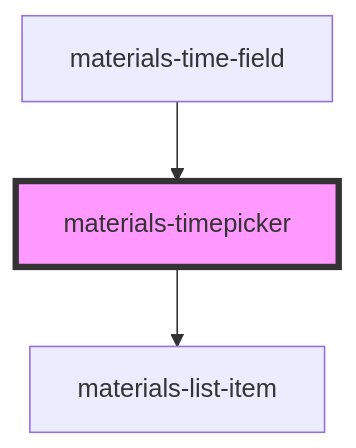
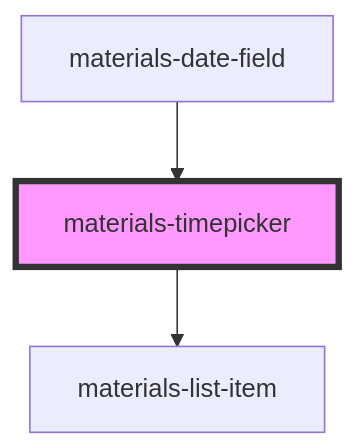
Before and after one commit to GMV-centravet/materials: the diagram in src/components/timepicker/readme.md, drawn with Mermaid. The commit also changed other lines of this file and 22 other files, not shown here.

````diff
--- a/src/components/timepicker/readme.md
+++ b/src/components/timepicker/readme.md
@@ -35,6 +35,6 @@
 ```mermaid
 graph TD;
   materials-timepicker --> materials-list-item
-  materials-time-field --> materials-timepicker
+  materials-date-field --> materials-timepicker
   style materials-timepicker fill:#f9f,stroke:#333,stroke-width:4px
 ```
````
